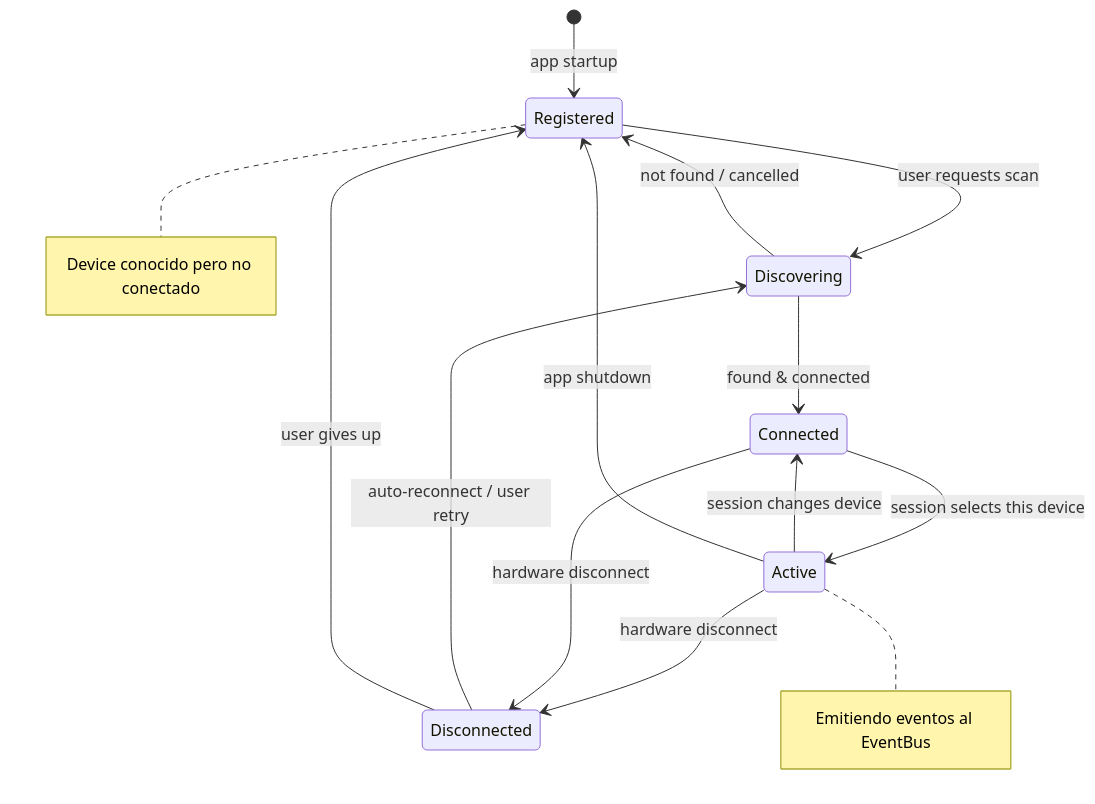
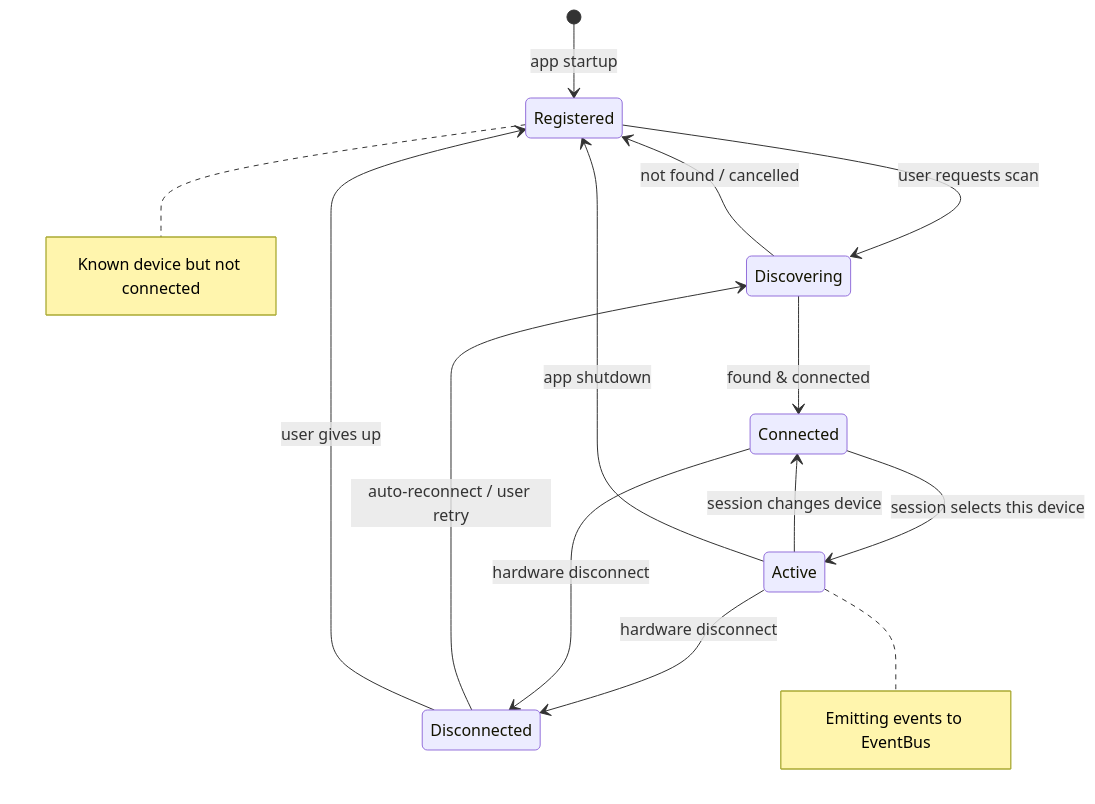
The first of 2 diagrams in docs/architecture/timer/devices.md (isaacvr/cubicdb), drawn with Mermaid before and after one commit. The commit also changed other lines of this file and 30 other files, not shown here.

````diff
--- a/docs/architecture/timer/devices.md
+++ b/docs/architecture/timer/devices.md
@@ -240,17 +240,17 @@
 ```mermaid
 stateDiagram-v2
     [*] --> Registered: app startup
     Registered --> Discovering: user requests scan
     Discovering --> Connected: found & connected
     Discovering --> Registered: not found / cancelled
     Connected --> Active: session selects this device
     Active --> Connected: session changes device
     Active --> Disconnected: hardware disconnect
     Connected --> Disconnected: hardware disconnect
     Disconnected --> Discovering: auto-reconnect / user retry
     Disconnected --> Registered: user gives up
     Active --> Registered: app shutdown
 
-    note right of Registered: Device conocido pero no conectado
-    note right of Active: Emitiendo eventos al EventBus
+    note right of Registered: Known device but not connected
+    note right of Active: Emitting events to EventBus
 ```
````
